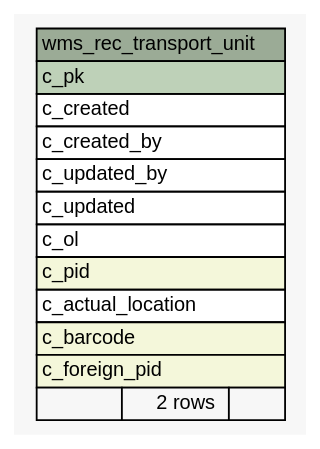
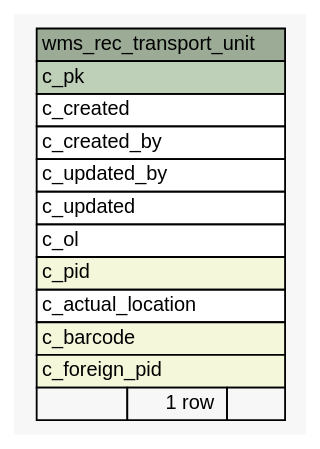
Before and after one commit to openwms/org.openwms.wms.receiving.lib: the diagram in 1.0.0-SNAPSHOT/schemaspy/diagrams/summary/wms_rec_transport_unit.1degree.dot, drawn with Graphviz. The commit also changed 422 other files, not shown here.

```diff
--- a/1.0.0-SNAPSHOT/schemaspy/diagrams/summary/wms_rec_transport_unit.1degree.dot
+++ b/1.0.0-SNAPSHOT/schemaspy/diagrams/summary/wms_rec_transport_unit.1degree.dot
@@ -1,39 +1,39 @@
-// dot 2.43.0 on Linux 5.15.0-1030-azure
+// dot 2.43.0 on Linux 5.15.0-1031-azure
 // SchemaSpy rev Unknown
 digraph "wms_rec_transport_unit" {
   graph [
     rankdir="RL"
     bgcolor="#f7f7f7"
     nodesep="0.18"
     ranksep="0.46"
     fontname="Helvetica"
     fontsize="11"
   ];
   node [
     fontname="Helvetica"
     fontsize="11"
     shape="plaintext"
   ];
   edge [
     arrowsize="0.8"
   ];
   "wms_rec_transport_unit" [
     label=<
     <TABLE BORDER="0" CELLBORDER="1" CELLSPACING="0" BGCOLOR="#ffffff">
       <TR><TD COLSPAN="3" BGCOLOR="#9bab96" ALIGN="CENTER">wms_rec_transport_unit</TD></TR>
       <TR><TD PORT="c_pk" COLSPAN="3" BGCOLOR="#bed1b8" ALIGN="LEFT">c_pk</TD></TR>
       <TR><TD PORT="c_created" COLSPAN="3" ALIGN="LEFT">c_created</TD></TR>
       <TR><TD PORT="c_created_by" COLSPAN="3" ALIGN="LEFT">c_created_by</TD></TR>
       <TR><TD PORT="c_updated_by" COLSPAN="3" ALIGN="LEFT">c_updated_by</TD></TR>
       <TR><TD PORT="c_updated" COLSPAN="3" ALIGN="LEFT">c_updated</TD></TR>
       <TR><TD PORT="c_ol" COLSPAN="3" ALIGN="LEFT">c_ol</TD></TR>
       <TR><TD PORT="c_pid" COLSPAN="3" BGCOLOR="#f4f7da" ALIGN="LEFT">c_pid</TD></TR>
       <TR><TD PORT="c_actual_location" COLSPAN="3" ALIGN="LEFT">c_actual_location</TD></TR>
       <TR><TD PORT="c_barcode" COLSPAN="3" BGCOLOR="#f4f7da" ALIGN="LEFT">c_barcode</TD></TR>
       <TR><TD PORT="c_foreign_pid" COLSPAN="3" BGCOLOR="#f4f7da" ALIGN="LEFT">c_foreign_pid</TD></TR>
-      <TR><TD ALIGN="LEFT" BGCOLOR="#f7f7f7">  </TD><TD ALIGN="RIGHT" BGCOLOR="#f7f7f7">2 rows</TD><TD ALIGN="RIGHT" BGCOLOR="#f7f7f7">  </TD></TR>
+      <TR><TD ALIGN="LEFT" BGCOLOR="#f7f7f7">  </TD><TD ALIGN="RIGHT" BGCOLOR="#f7f7f7">1 row</TD><TD ALIGN="RIGHT" BGCOLOR="#f7f7f7">  </TD></TR>
     </TABLE>>
     URL="tables/wms_rec_transport_unit.html"
     tooltip="wms_rec_transport_unit"
   ];
 }
```
